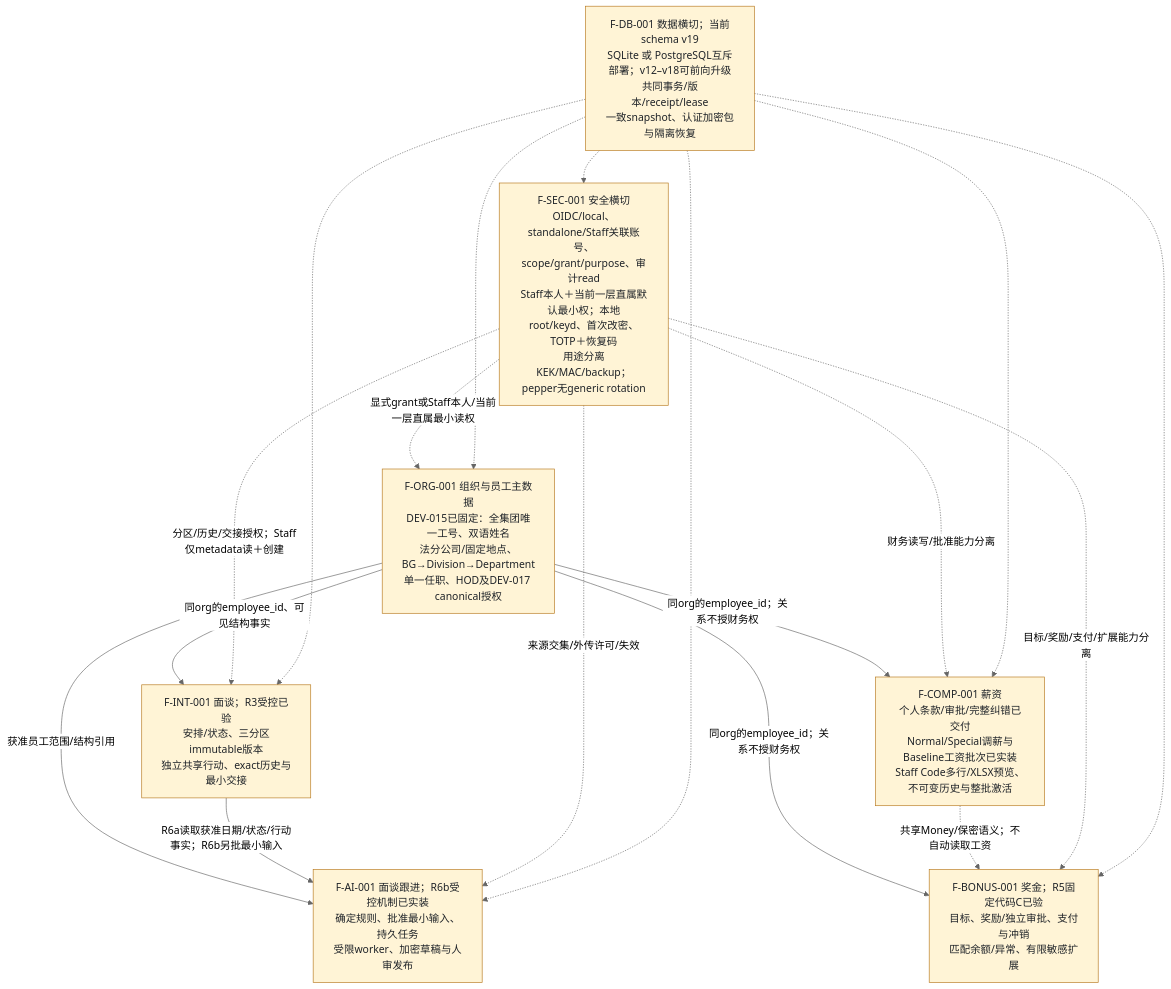
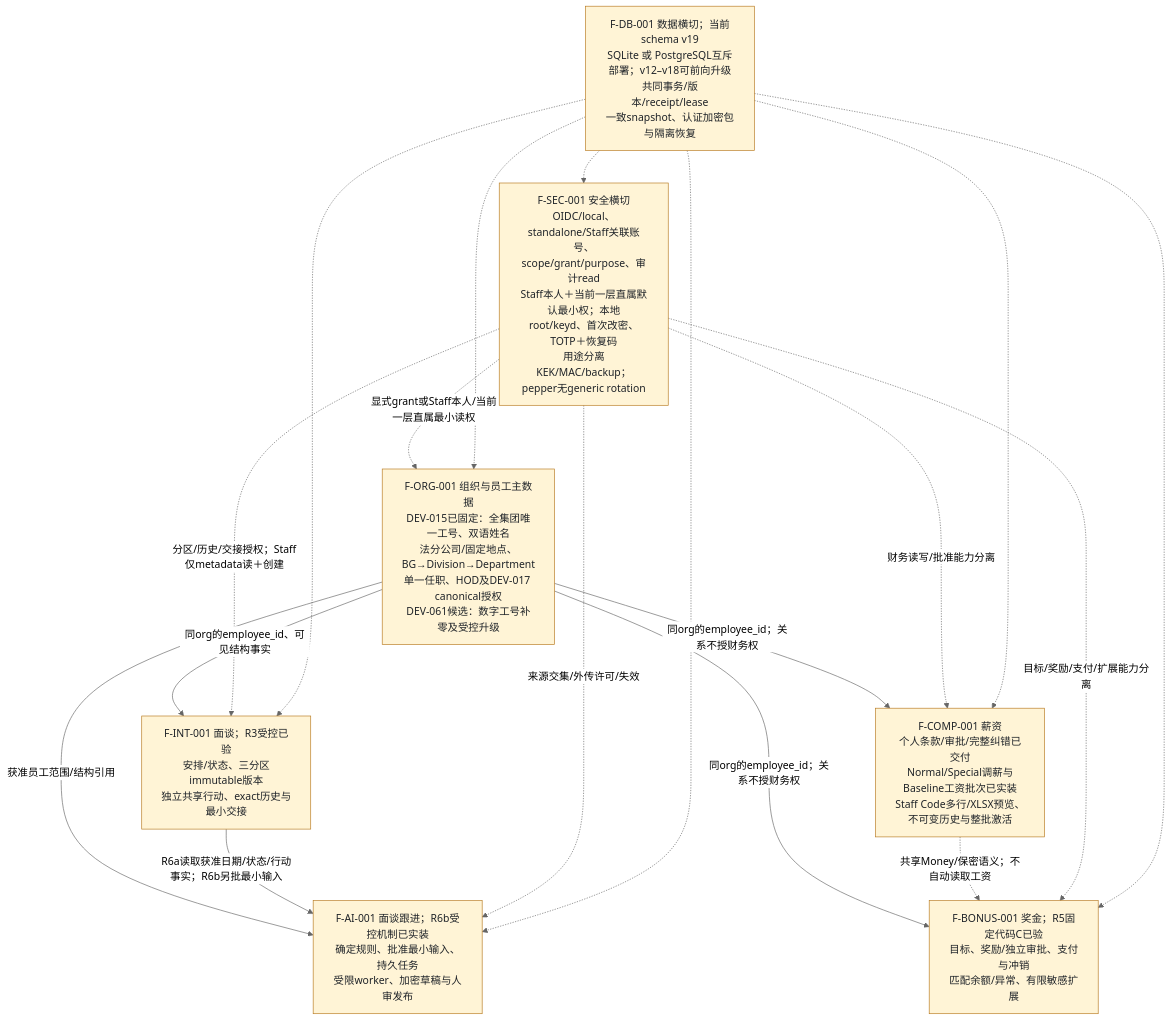
Before and after one commit to r404r/team-ledger-pub: the first of 14 diagrams in docs/FUNCTIONAL_SPEC.md, drawn with Mermaid (neutral theme). The commit also changed other lines of this file and 42 other files, not shown here.

````diff
--- a/docs/FUNCTIONAL_SPEC.md
+++ b/docs/FUNCTIONAL_SPEC.md
@@ -16,30 +17,30 @@
 ```mermaid
 flowchart TB
-    org["F-ORG-001 组织与员工主数据<br/>DEV-015已固定：全集团唯一工号、双语姓名<br/>法分公司/固定地点、BG→Division→Department<br/>单一任职、HOD及DEV-017 canonical授权"]
+    org["F-ORG-001 组织与员工主数据<br/>DEV-015已固定：全集团唯一工号、双语姓名<br/>法分公司/固定地点、BG→Division→Department<br/>单一任职、HOD及DEV-017 canonical授权<br/>DEV-061候选：数字工号补零及受控升级"]
     interview["F-INT-001 面谈；R3受控已验<br/>安排/状态、三分区immutable版本<br/>独立共享行动、exact历史与最小交接"]
     comp["F-COMP-001 薪资<br/>个人条款/审批/完整纠错已交付<br/>Normal/Special调薪与Baseline工资批次已实装<br/>Staff Code多行/XLSX预览、不可变历史与整批激活"]
     bonus["F-BONUS-001 奖金；R5固定代码C已验<br/>目标、奖励/独立审批、支付与冲销<br/>匹配余额/异常、有限敏感扩展"]
     ai["F-AI-001 面谈跟进；R6b受控机制已实装<br/>确定规则、批准最小输入、持久任务<br/>受限worker、加密草稿与人审发布"]
     sec["F-SEC-001 安全横切<br/>OIDC/local、standalone/Staff关联账号、scope/grant/purpose、审计read<br/>Staff本人＋当前一层直属默认最小权；本地root/keyd、首次改密、TOTP＋恢复码<br/>用途分离KEK/MAC/backup；pepper无generic rotation"]
     db["F-DB-001 数据横切；当前schema v19<br/>SQLite 或 PostgreSQL互斥部署；v12–v18可前向升级<br/>共同事务/版本/receipt/lease<br/>一致snapshot、认证加密包与隔离恢复"]
     org -->|"同org的employee_id、可见结构事实"| interview
     org -->|"同org的employee_id；关系不授财务权"| comp
     org -->|"同org的employee_id；关系不授财务权"| bonus
     org -->|"获准员工范围/结构引用"| ai
     interview -->|"R6a读取获准日期/状态/行动事实；R6b另批最小输入"| ai
     comp -.->|"共享Money/保密语义；不自动读取工资"| bonus
     sec -.->|"显式grant或Staff本人/当前一层直属最小读权"| org
     sec -.->|"分区/历史/交接授权；Staff仅metadata读＋创建"| interview
     sec -.->|"财务读写/批准能力分离"| comp
     sec -.->|"目标/奖励/支付/扩展能力分离"| bonus
     sec -.->|"来源交集/外传许可/失效"| ai
     db -.-> org
     db -.-> interview
     db -.-> comp
     db -.-> bonus
     db -.-> ai
     db -.-> sec
     classDef partial fill:#fff4d6,stroke:#b7791f,color:#1f2328;
     classDef planned fill:#eef2ff,stroke:#64748b,color:#1f2328;
     class org,interview,comp,bonus,ai,sec,db partial;
 ```
````
